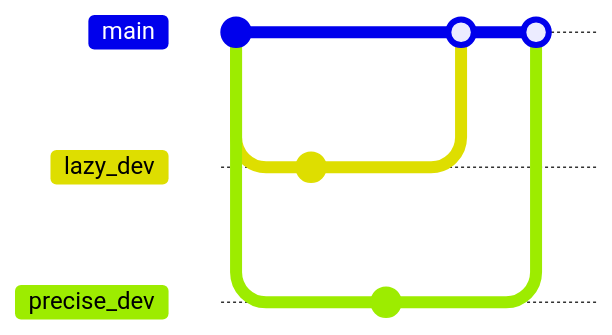
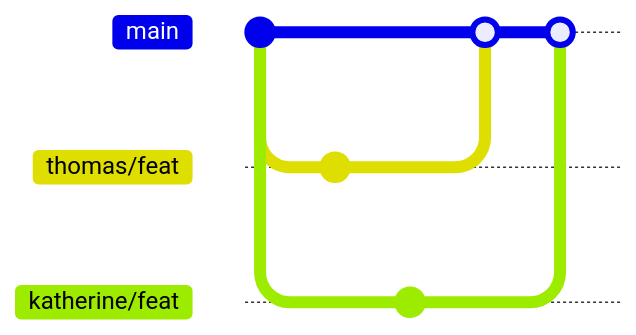
One commit to lizsalmon/iCSC-Git-talk changed diagram 15 of 24 in slides.md. Above: the diagram before and after it, drawn with Mermaid. The commit also changed other lines of this file and 2 other files, not shown here. Commit ids are hidden.

````diff
--- a/slides.md
+++ b/slides.md
@@ -939,14 +960,14 @@
 ```mermaid
 gitGraph
   commit
-  branch lazy_dev
-  branch precise_dev
-  checkout lazy_dev
+  branch thomas/feat
+  branch katherine/feat
+  checkout thomas/feat
   commit
-  checkout precise_dev
+  checkout katherine/feat
   commit
   checkout main 
-  merge lazy_dev
+  merge thomas/feat
   checkout main 
-  merge precise_dev
+  merge katherine/feat
 ```
````
